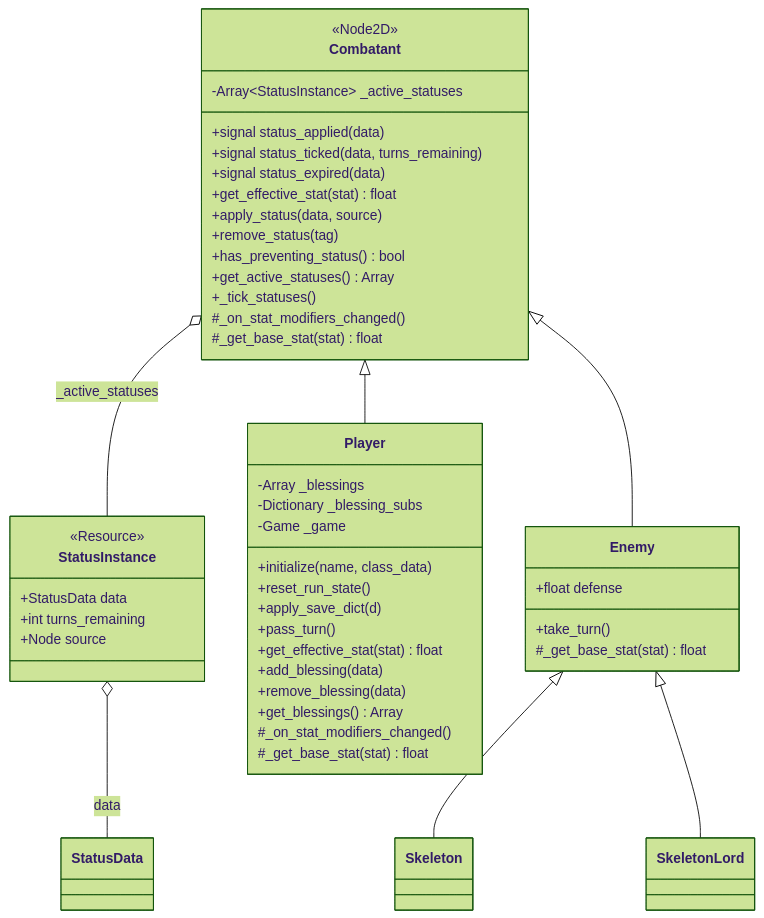
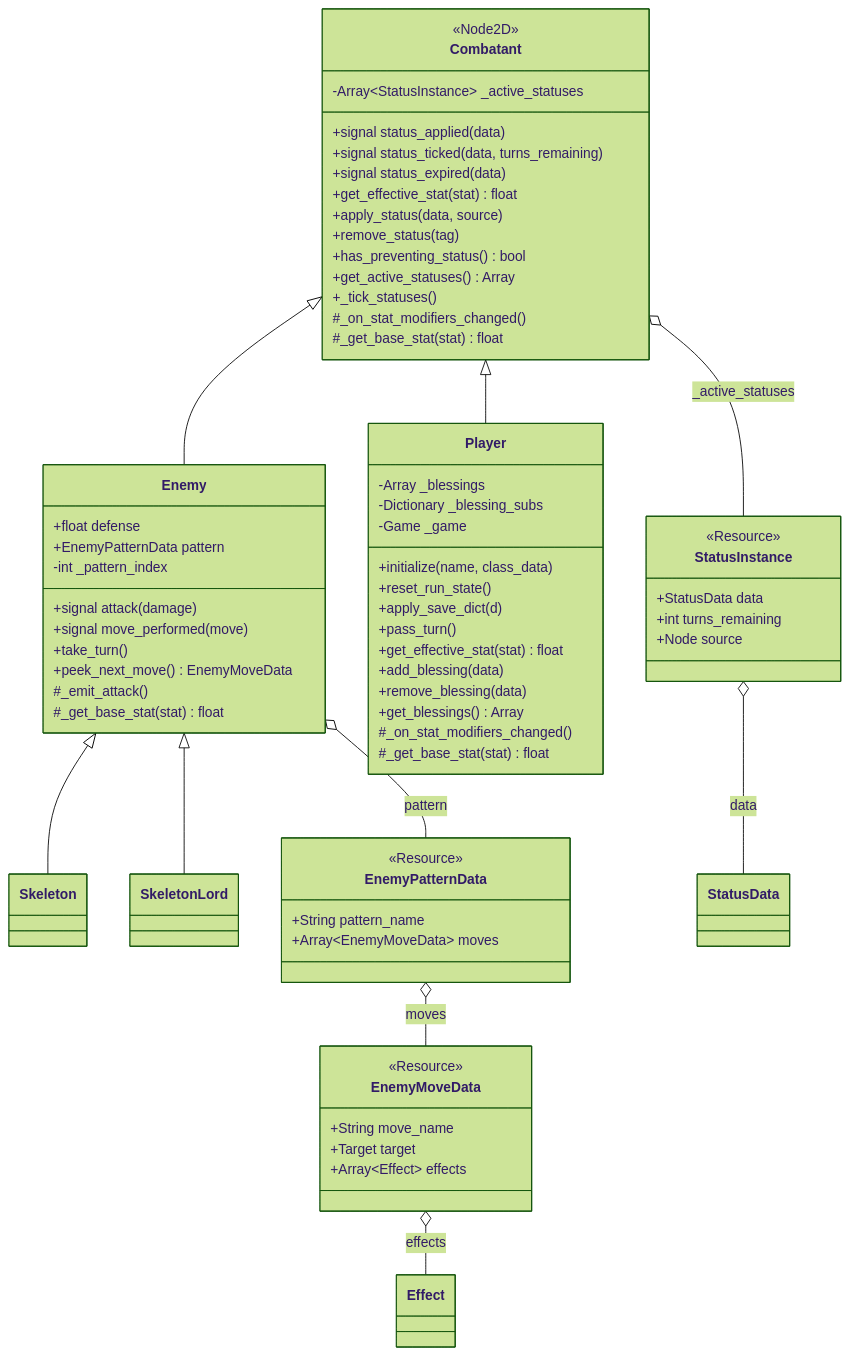
One commit to mjholder/crawler changed the fifth of 5 diagrams in journal/architecture.md. Above: the diagram before and after it, drawn with Mermaid (forest theme). The commit also changed other lines of this file and 41 other files, not shown here.

````diff
--- a/journal/architecture.md
+++ b/journal/architecture.md
@@ -480,55 +486,75 @@
 ```mermaid
 classDiagram
     class StatusInstance {
         <<Resource>>
         +StatusData data
         +int turns_remaining
         +Node source
     }
     class Combatant {
         <<Node2D>>
         +signal status_applied(data)
         +signal status_ticked(data, turns_remaining)
         +signal status_expired(data)
         -Array~StatusInstance~ _active_statuses
         +get_effective_stat(stat) float
         +apply_status(data, source)
         +remove_status(tag)
         +has_preventing_status() bool
         +get_active_statuses() Array
         +_tick_statuses()
         #_on_stat_modifiers_changed()
         #_get_base_stat(stat) float
     }
     class Player {
         +initialize(name, class_data)
         +reset_run_state()
         +apply_save_dict(d)
         +pass_turn()
         +get_effective_stat(stat) float
         +add_blessing(data)
         +remove_blessing(data)
         +get_blessings() Array
         -Array _blessings
         -Dictionary _blessing_subs
         -Game _game
         #_on_stat_modifiers_changed()
         #_get_base_stat(stat) float
     }
     class Enemy {
+        +signal attack(damage)
+        +signal move_performed(move)
         +float defense
+        +EnemyPatternData pattern
+        -int _pattern_index
         +take_turn()
+        +peek_next_move() EnemyMoveData
+        #_emit_attack()
         #_get_base_stat(stat) float
     }
     class Skeleton {
     }
     class SkeletonLord {
+    }
+    class EnemyPatternData {
+        <<Resource>>
+        +String pattern_name
+        +Array~EnemyMoveData~ moves
+    }
+    class EnemyMoveData {
+        <<Resource>>
+        +String move_name
+        +Target target
+        +Array~Effect~ effects
     }
 
     Combatant o-- StatusInstance : _active_statuses
     StatusInstance o-- StatusData : data
     Combatant <|-- Player
     Combatant <|-- Enemy
     Enemy <|-- Skeleton
     Enemy <|-- SkeletonLord
+    Enemy o-- EnemyPatternData : pattern
+    EnemyPatternData o-- EnemyMoveData : moves
+    EnemyMoveData o-- Effect : effects
 ```
````
